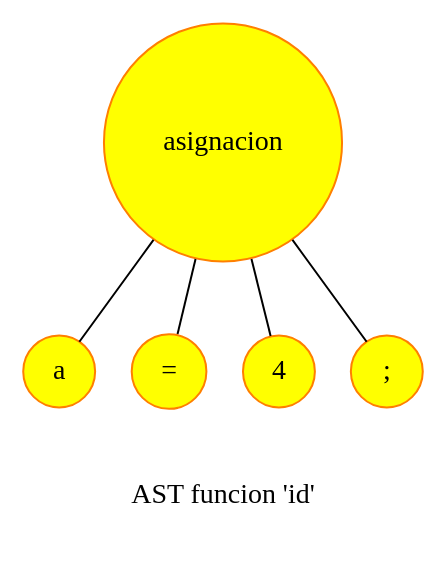
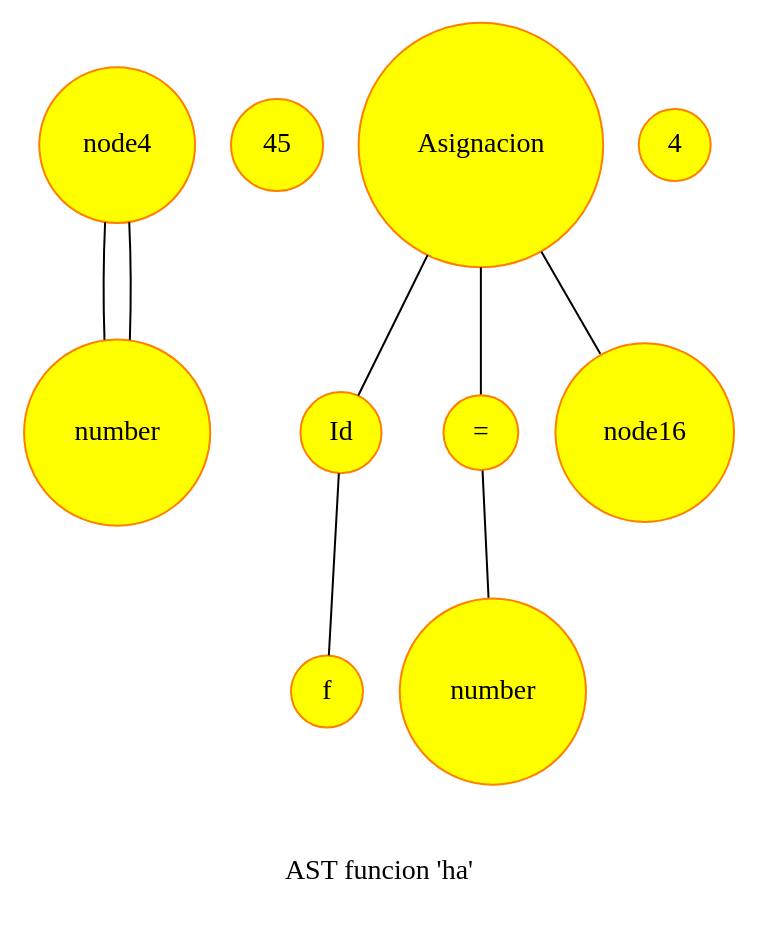
One commit to Peter2510/TypeSecure changed the diagram in TypeSecure/AST.dot. Above: the diagram before and after it, drawn with Graphviz. The commit also changed 50 other files, not shown here.

```diff
--- a/TypeSecure/AST.dot
+++ b/TypeSecure/AST.dot
@@ -1,14 +1,26 @@
 digraph G
 {
-    node[shape = circle]
+node[shape = circle]
     node[style = filled]
     node[fillcolor = "#FFFF00"]
     node[color = "#FF7F00"]
     edge[color = "#000000",arrowhead=none]
-"asignacion" -> "a"
-"asignacion" -> "="
-"asignacion" -> "4"
+node5[label="number"]
+node6[label="45"]
+node4->node5
+node9[label="Asignacion"]
+node10[label="Id"]
+node11[label="f"]
+node12[label="="]
+node5[label="number"]
+node6[label="45"]
+node4->node5
+node13[label="number"]
+node14[label="4"]
+node12->node13
+node9->node10
+node10->node11
+node9->node12
+node9->node16
 
-"asignacion" -> ";"
-
- label="\n\nAST funcion 'id'\n\n"}
+ label="\n\nAST funcion 'ha'\n\n"}
```
